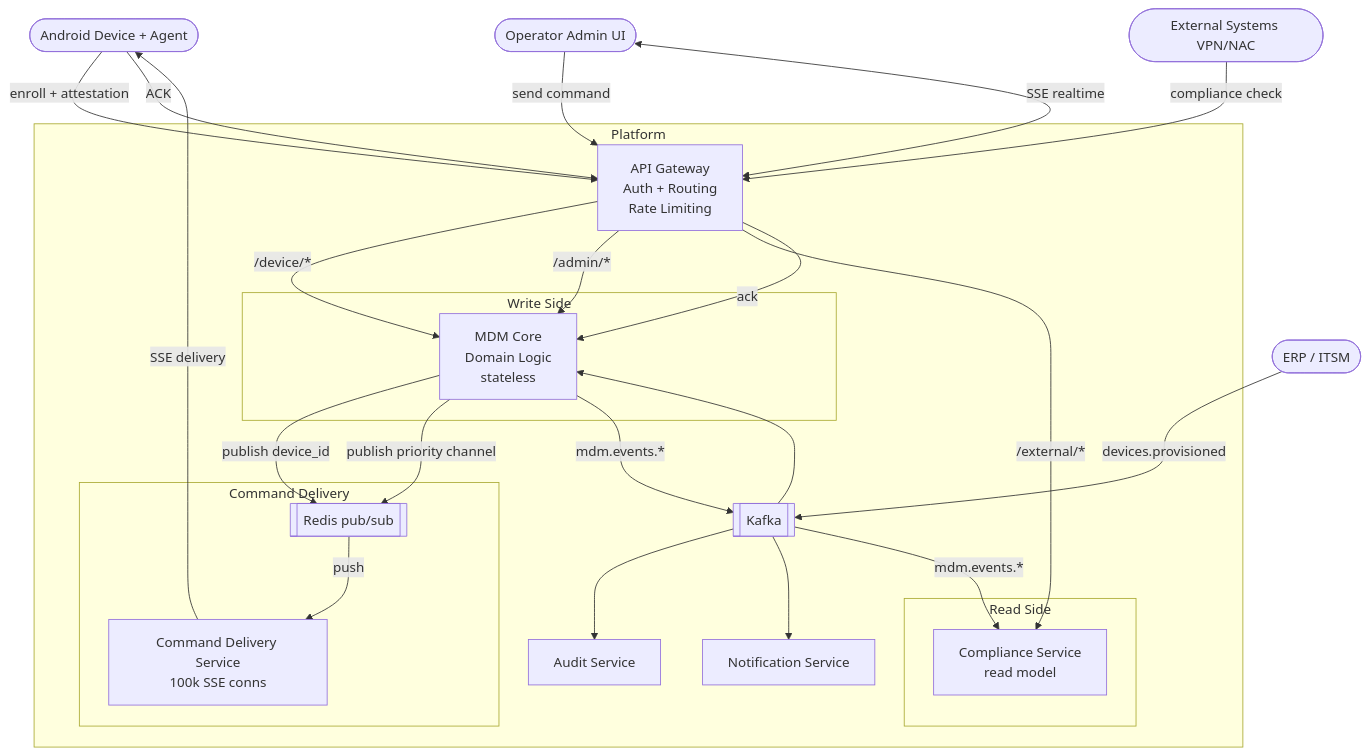
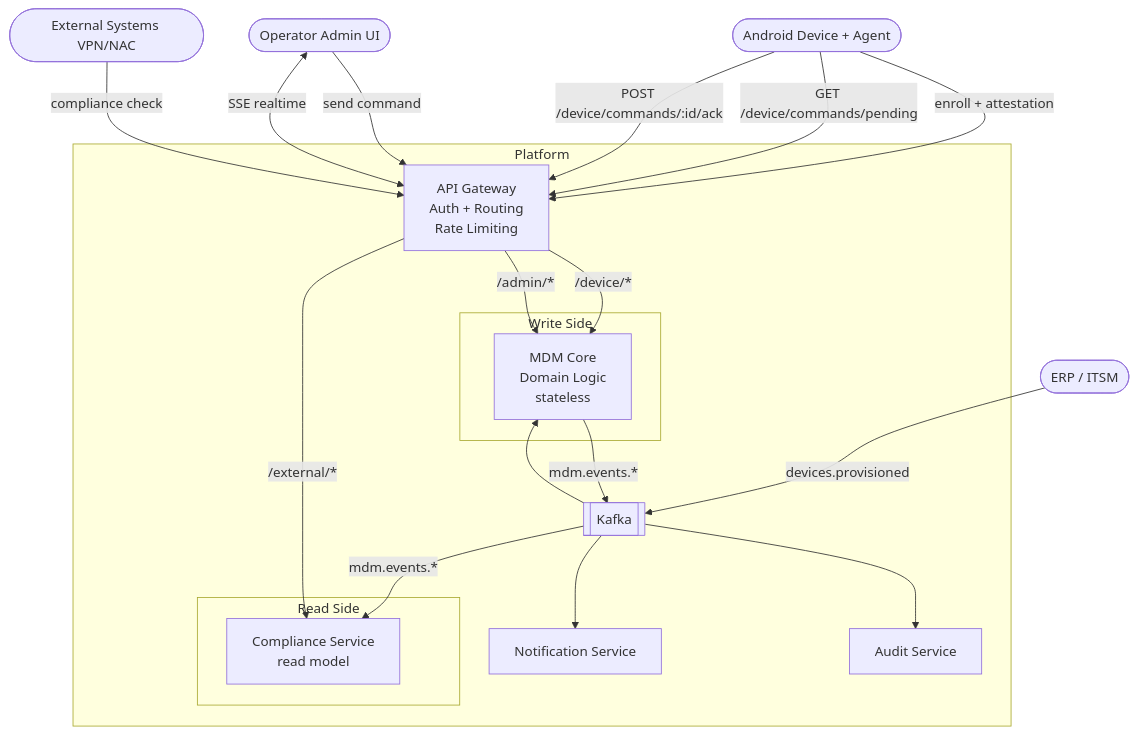
One commit to SashaFlake/monorepo changed the second of 2 diagrams in docs/architecture.md. Above: the diagram before and after it, drawn with Mermaid. The commit also changed other lines of this file and 2 other files, not shown here.

First line of the commit message:
docs: replace SSE device delivery with configurable poll (#8)

````diff
--- a/docs/architecture.md
+++ b/docs/architecture.md
@@ -139,51 +155,41 @@
 ```mermaid
 flowchart TD
     Device([Android Device + Agent])
     Operator([Operator Admin UI])
     ExtSys([External Systems VPN/NAC])
     ExtERP([ERP / ITSM])
 
     subgraph Platform
         GW[API Gateway\nAuth + Routing\nRate Limiting]
 
         subgraph Write [Write Side]
             Core[MDM Core\nDomain Logic\nstateless]
         end
 
-        subgraph Delivery [Command Delivery]
-            Redis[[Redis pub/sub]]
-            CDS[Command Delivery Service\n100k SSE conns]
-        end
-
         subgraph ReadSide [Read Side]
             CS[Compliance Service\nread model]
         end
 
         Audit[Audit Service]
         Notification[Notification Service]
         Bus[[Kafka]]
     end
 
     Device -->|enroll + attestation| GW
-    Device -->|ACK| GW
+    Device -->|GET /device/commands/pending| GW
+    Device -->|POST /device/commands/:id/ack| GW
     Operator -->|send command| GW
     ExtSys -->|compliance check| GW
     ExtERP -->|devices.provisioned| Bus
 
     GW -->|/device/*| Core
     GW -->|/admin/*| Core
     GW -->|/external/*| CS
-    GW -->|ack| Core
     Operator <-->|SSE realtime| GW
-
-    Core -->|publish device_id| Redis
-    Core -->|publish priority channel| Redis
-    Redis -->|push| CDS
-    CDS -->|SSE delivery| Device
 
     Core -->|mdm.events.*| Bus
     Bus --> Audit
     Bus --> Notification
     Bus -->|mdm.events.*| CS
     Bus --> Core
 ```
````
